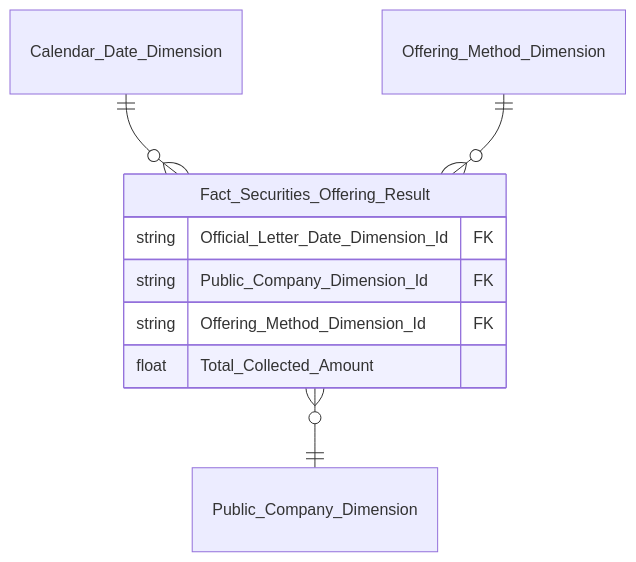
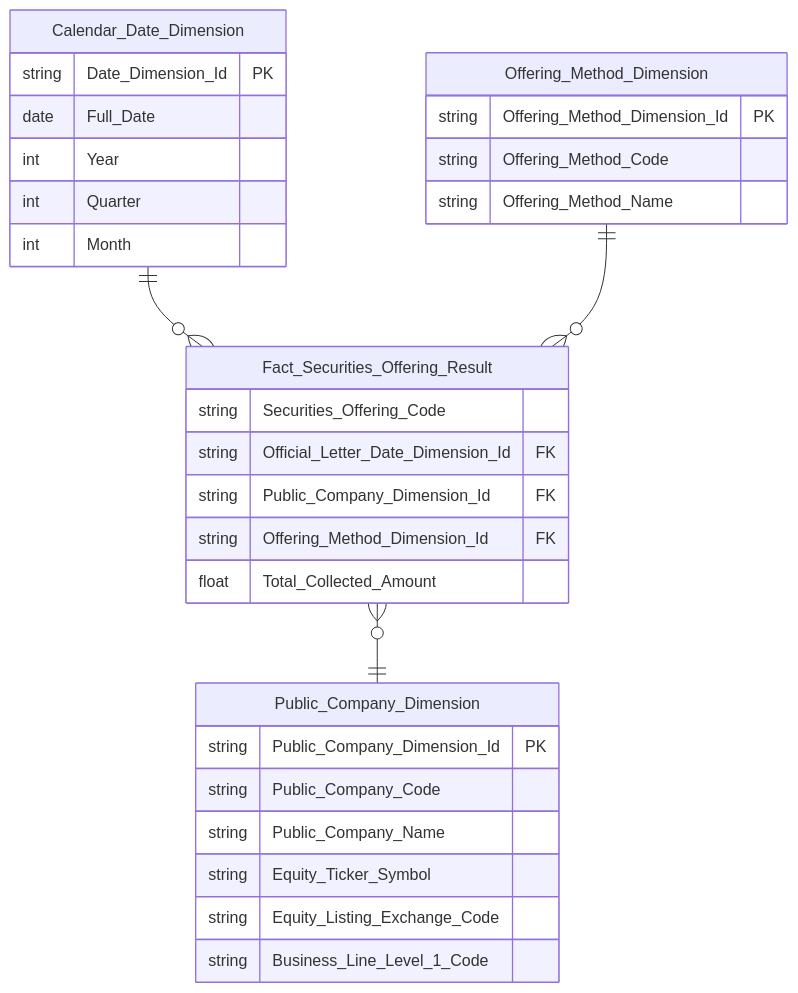
Before and after one commit to linhlvit/ubck_atomic_design: the tenth of 22 diagrams in Datamart/hld/DTM_QLCB_HLD.md, drawn with Mermaid. The commit also changed other lines of this file and 17 other files, not shown here.

````diff
--- a/Datamart/hld/DTM_QLCB_HLD.md
+++ b/Datamart/hld/DTM_QLCB_HLD.md
@@ -417,13 +497,34 @@
 ```mermaid
 erDiagram
+    Calendar_Date_Dimension {
+        string Date_Dimension_Id PK
+        date Full_Date
+        int Year
+        int Quarter
+        int Month
+    }
+    Offering_Method_Dimension {
+        string Offering_Method_Dimension_Id PK
+        string Offering_Method_Code
+        string Offering_Method_Name
+    }
+    Public_Company_Dimension {
+        string Public_Company_Dimension_Id PK
+        string Public_Company_Code
+        string Public_Company_Name
+        string Equity_Ticker_Symbol
+        string Equity_Listing_Exchange_Code
+        string Business_Line_Level_1_Code
+    }
     Fact_Securities_Offering_Result {
+        string Securities_Offering_Code
         string Official_Letter_Date_Dimension_Id FK
         string Public_Company_Dimension_Id FK
         string Offering_Method_Dimension_Id FK
         float Total_Collected_Amount
     }
 
     Calendar_Date_Dimension ||--o{ Fact_Securities_Offering_Result : " "
     Offering_Method_Dimension ||--o{ Fact_Securities_Offering_Result : " "
     Fact_Securities_Offering_Result }o--|| Public_Company_Dimension : " "
 ```
````
